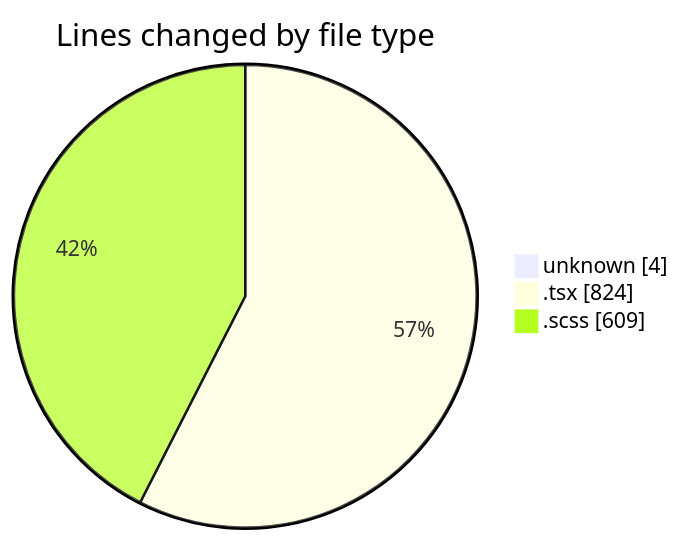
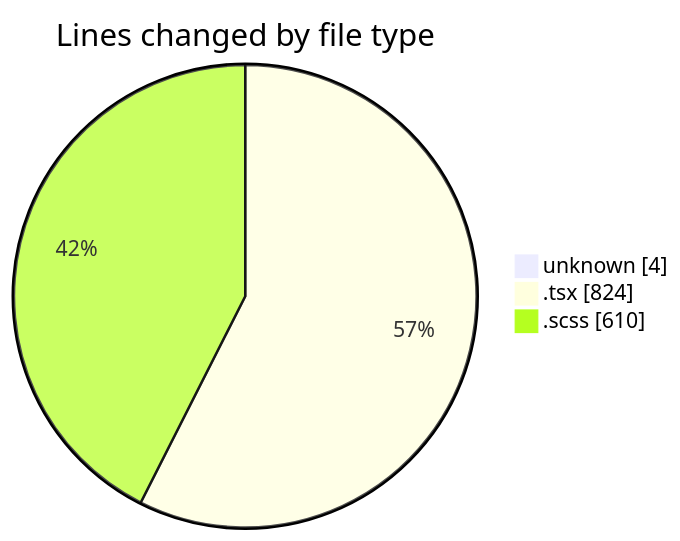
Before and after one commit to momahboobian/code-tracking: the first of 2 diagrams in 2025-02-14/cda/README.md, drawn with Mermaid. The commit also changed other lines of this file and 1 other file, not shown here.

````diff
--- a/2025-02-14/cda/README.md
+++ b/2025-02-14/cda/README.md
@@ -27,7 +27,7 @@
 ```mermaid
 pie showData
 title Lines changed by file type
 "unknown" : 4
 ".tsx" : 824
-".scss" : 609
+".scss" : 610
 ```
````
